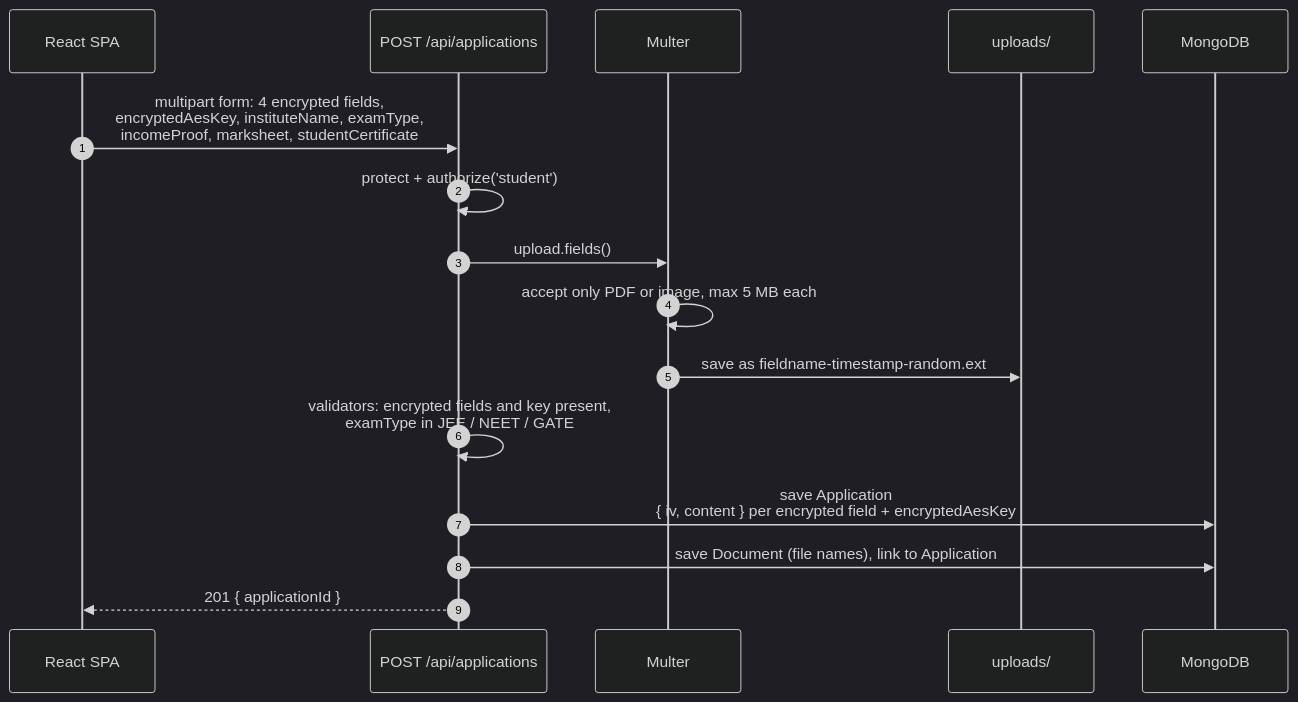
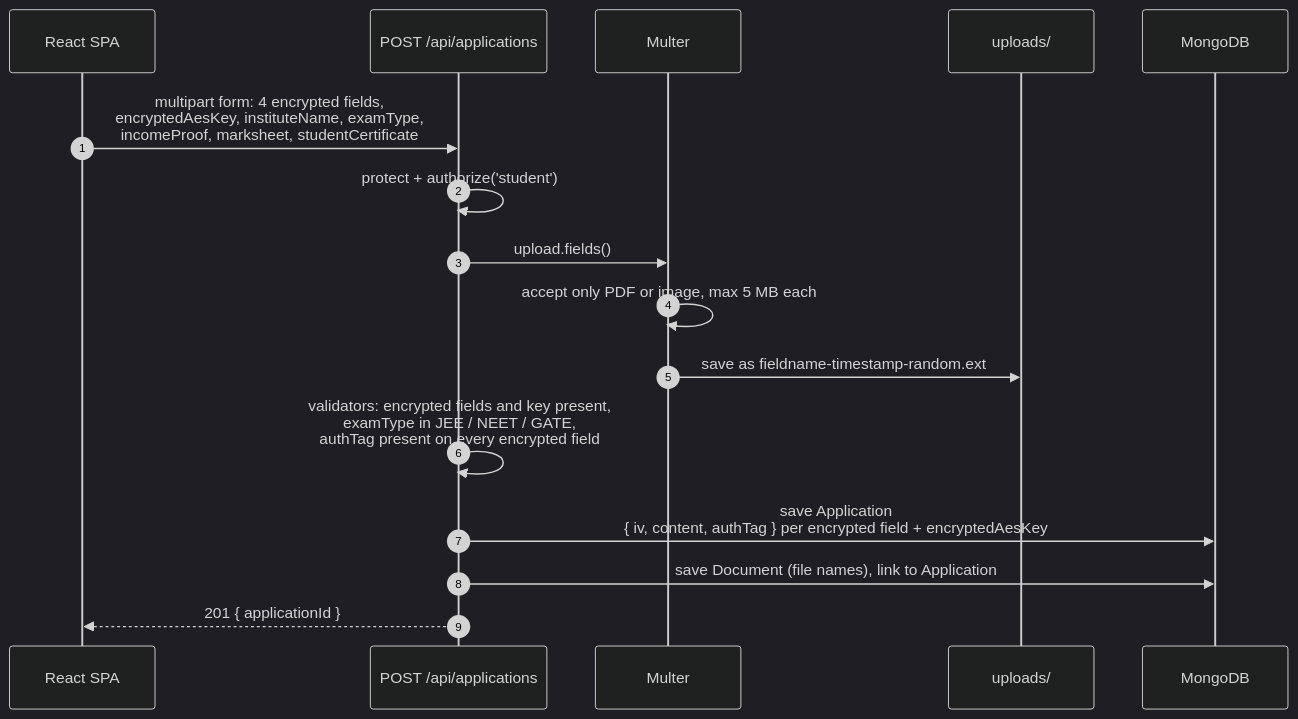
One commit to USER1043/ScholarshipSystem-Backend changed the sixth of 10 diagrams in docs/ARCHITECTURE.md. Above: the diagram before and after it, drawn with Mermaid (dark theme). The commit also changed other lines of this file and 6 other files, not shown here.

````diff
--- a/docs/ARCHITECTURE.md
+++ b/docs/ARCHITECTURE.md
@@ -213,19 +213,19 @@
 ```mermaid
 sequenceDiagram
     autonumber
     participant SPA as React SPA
     participant API as POST /api/applications
     participant M as Multer
     participant FS as uploads/
     participant DB as MongoDB
 
     SPA->>API: multipart form: 4 encrypted fields,<br/>encryptedAesKey, instituteName, examType,<br/>incomeProof, marksheet, studentCertificate
     API->>API: protect + authorize('student')
     API->>M: upload.fields()
     M->>M: accept only PDF or image, max 5 MB each
     M->>FS: save as fieldname-timestamp-random.ext
-    API->>API: validators: encrypted fields and key present,<br/>examType in JEE / NEET / GATE
-    API->>DB: save Application<br/>{ iv, content } per encrypted field + encryptedAesKey
+    API->>API: validators: encrypted fields and key present,<br/>examType in JEE / NEET / GATE,<br/>authTag present on every encrypted field
+    API->>DB: save Application<br/>{ iv, content, authTag } per encrypted field + encryptedAesKey
     API->>DB: save Document (file names), link to Application
     API-->>SPA: 201 { applicationId }
 ```
````
